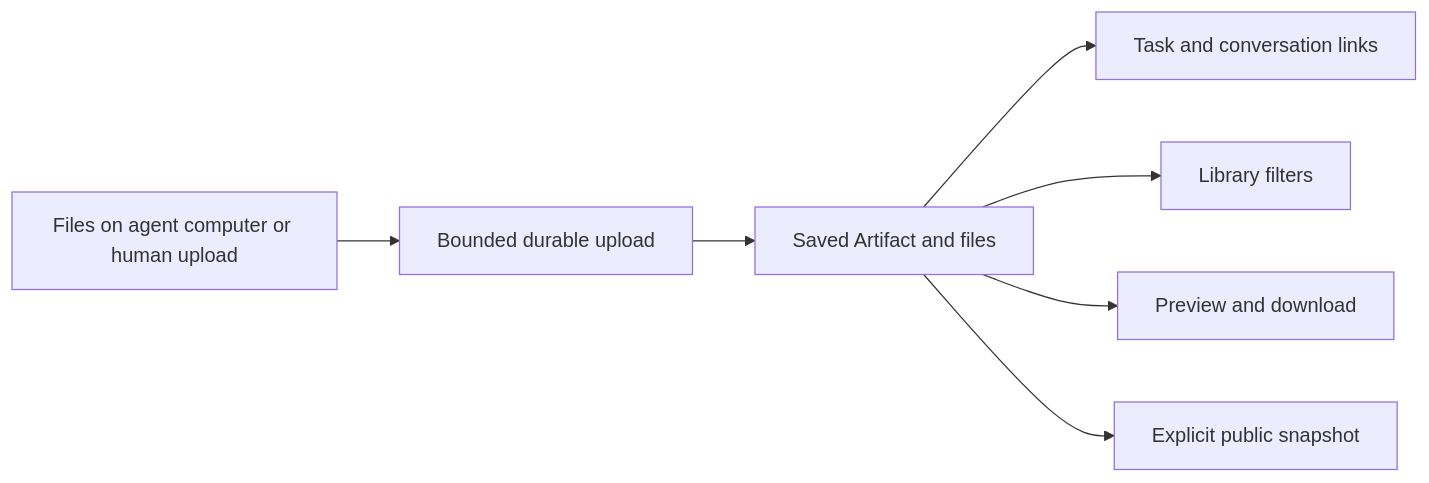
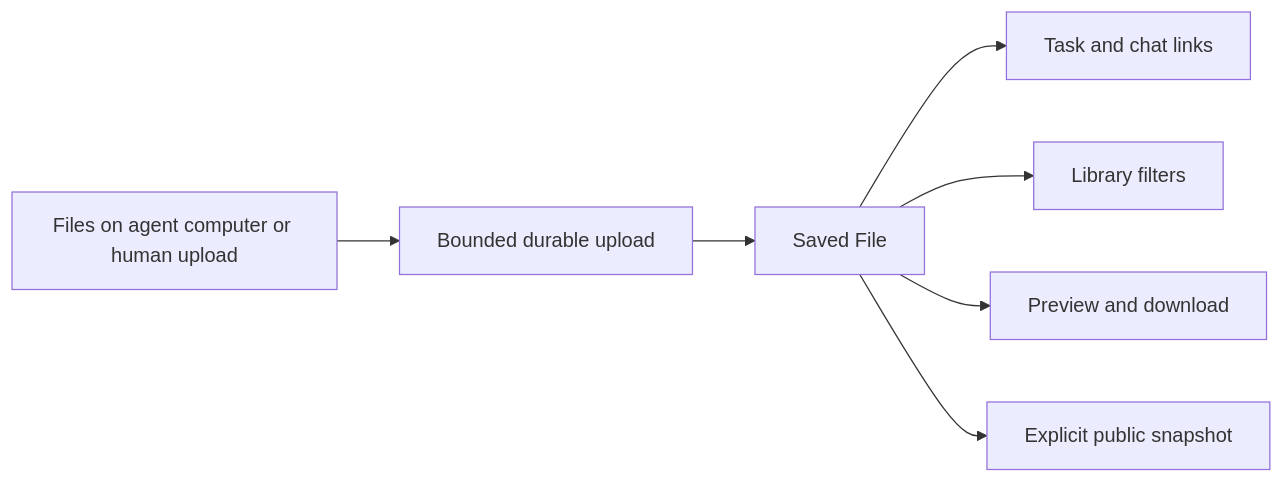
One commit to hellogafaro/otto changed the seventh of 10 diagrams in docs/otto/plan.md. Above: the diagram before and after it, drawn with Mermaid. The commit also changed other lines of this file and 174 other files, not shown here.

````diff
--- a/docs/otto/plan.md
+++ b/docs/otto/plan.md
@@ -208,9 +210,9 @@
 ```mermaid
 flowchart LR
   C[Files on agent computer or human upload] --> U[Bounded durable upload]
-  U --> A[Saved Artifact and files]
-  A --> T[Task and conversation links]
+  U --> A[Saved File]
+  A --> T[Task and chat links]
   A --> L[Library filters]
   A --> P[Preview and download]
   A --> S[Explicit public snapshot]
 ```
````
